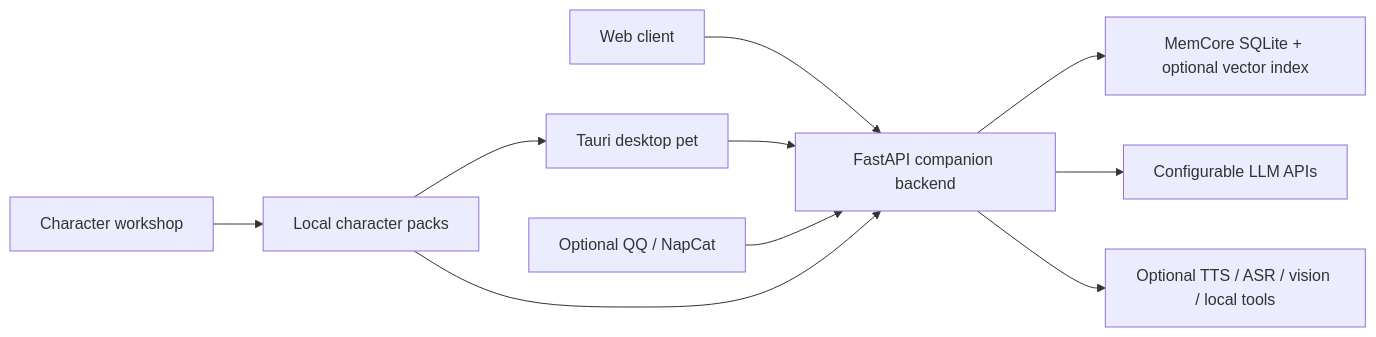
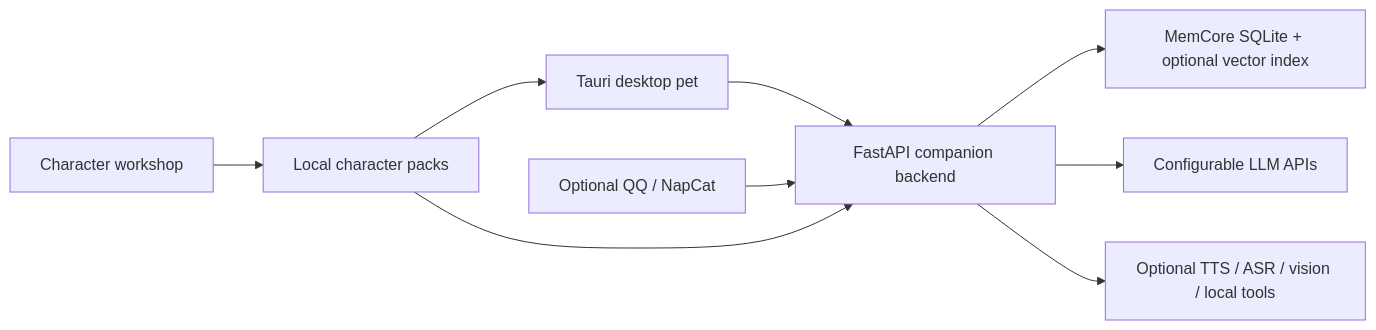
One commit to misaka-coder/AkaneCompanionLab changed the diagram in README_EN.md. Above: the diagram before and after it, drawn with Mermaid. The commit also changed other lines of this file and 1644 other files, not shown here.

````diff
--- a/README_EN.md
+++ b/README_EN.md
@@ -50,12 +49,11 @@
 ```mermaid
 flowchart LR
-    Web[Web client] --> API[FastAPI companion backend]
-    Pet[Tauri desktop pet] --> API
+    Pet[Tauri desktop pet] --> API[FastAPI companion backend]
     QQ[Optional QQ / NapCat] --> API
     API --> Memory[MemCore SQLite + optional vector index]
     API --> LLM[Configurable LLM APIs]
     API --> Optional[Optional TTS / ASR / vision / local tools]
     Creator[Character workshop] --> Packs[Local character packs]
     Packs --> Pet
     Packs --> API
 ```
````
